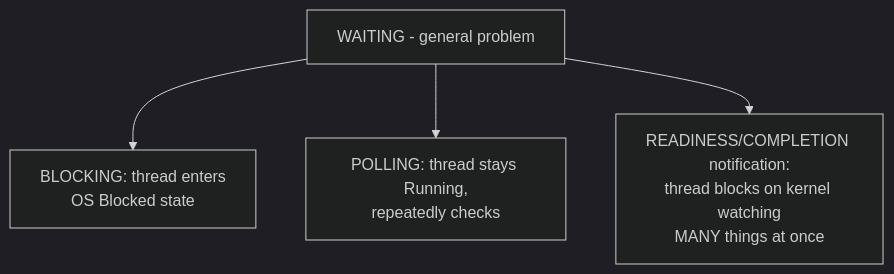
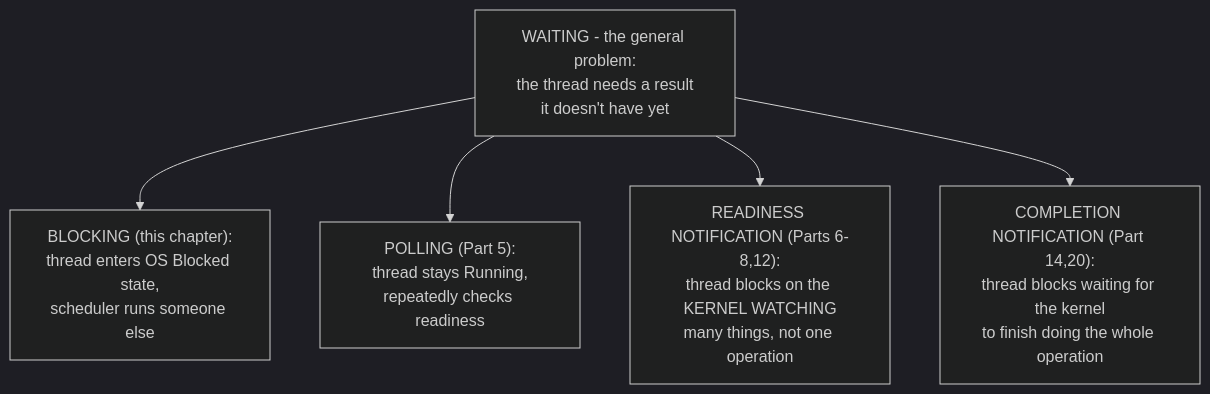
The sixth of 6 diagrams in docs/en/io/0_fundamental/part_0_shortnotes.md (a-ZINC/Cherno-CPP-Notes), drawn with Mermaid (dark theme) before and after one commit.

````diff
--- a/docs/en/io/0_fundamental/part_0_shortnotes.md
+++ b/docs/en/io/0_fundamental/part_0_shortnotes.md
@@ -119,6 +119,8 @@
 ```mermaid
 flowchart TD
-    A[WAITING - general problem] --> B["BLOCKING: thread enters<br/>OS Blocked state"]
-    A --> C["POLLING: thread stays Running,<br/>repeatedly checks"]
-    A --> D["READINESS/COMPLETION notification:<br/>thread blocks on kernel watching<br/>MANY things at once"]
+    A[WAITING - the general problem:<br/>the thread needs a result<br/>it doesn't have yet]
+    A --> B["BLOCKING (this chapter):<br/>thread enters OS Blocked state,<br/>scheduler runs someone else"]
+    A --> C["POLLING (Part 5):<br/>thread stays Running,<br/>repeatedly checks readiness"]
+    A --> D["READINESS NOTIFICATION (Parts 6-8,12):<br/>thread blocks on the KERNEL WATCHING<br/>many things, not one operation"]
+    A --> E["COMPLETION NOTIFICATION (Part 14,20):<br/>thread blocks waiting for the kernel<br/>to finish doing the whole operation"]
 ```
````
